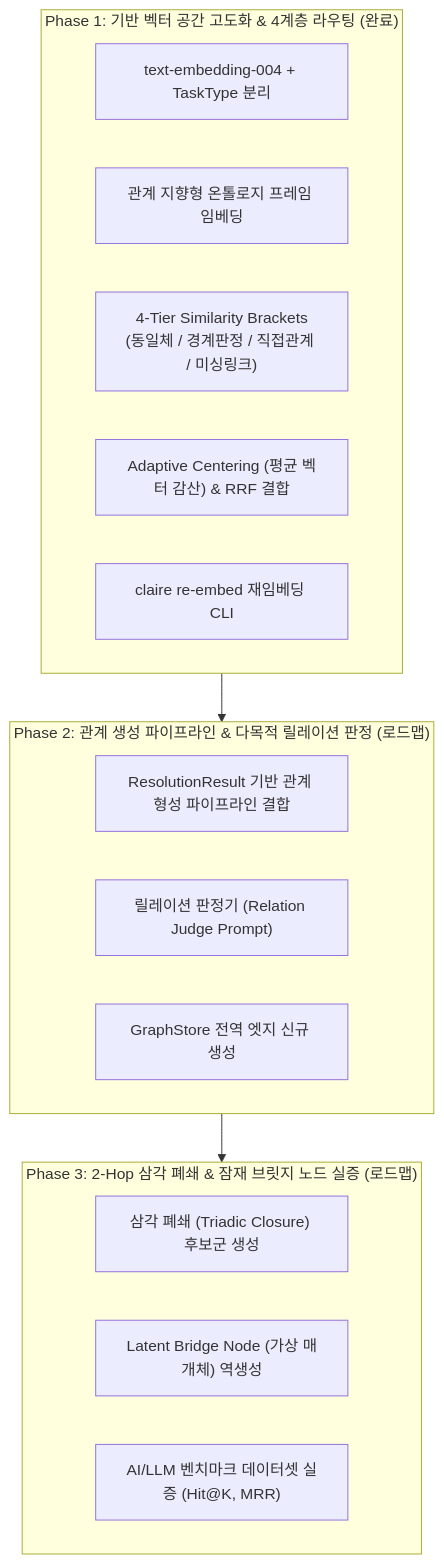
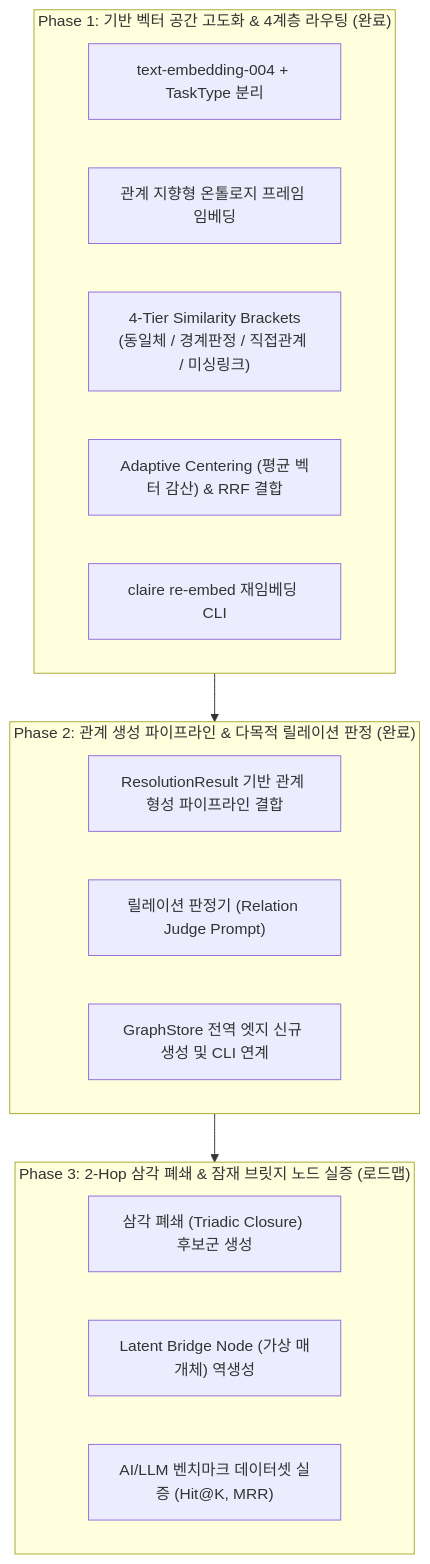
One commit to fofwisdom/claire-bible changed the first of 2 diagrams in docs/origin/design/KNOWLEDGE_GRAPH_LINKING_AND_CALIBRATION_DESIGN.md. Above: the diagram before and after it, drawn with Mermaid. The commit also changed other lines of this file and 14 other files, not shown here.

First line of the commit message:
feat(graph): implement phase 2 relation formation and linking pipeline

````diff
--- a/docs/origin/design/KNOWLEDGE_GRAPH_LINKING_AND_CALIBRATION_DESIGN.md
+++ b/docs/origin/design/KNOWLEDGE_GRAPH_LINKING_AND_CALIBRATION_DESIGN.md
@@ -33,24 +33,24 @@
 ```mermaid
 flowchart TD
     subgraph Phase1 ["Phase 1: 기반 벡터 공간 고도화 & 4계층 라우팅 (완료)"]
         P1_Model["text-embedding-004 + TaskType 분리"]
         P1_Frame["관계 지향형 온톨로지 프레임 임베딩"]
         P1_Tiers["4-Tier Similarity Brackets<br/>(동일체 / 경계판정 / 직접관계 / 미싱링크)"]
         P1_Calib["Adaptive Centering (평균 벡터 감산) & RRF 결합"]
         P1_CLI["claire re-embed 재임베딩 CLI"]
     end
 
-    subgraph Phase2 ["Phase 2: 관계 생성 파이프라인 & 다목적 릴레이션 판정 (로드맵)"]
+    subgraph Phase2 ["Phase 2: 관계 생성 파이프라인 & 다목적 릴레이션 판정 (완료)"]
         P2_Pipeline["ResolutionResult 기반 관계 형성 파이프라인 결합"]
         P2_LLM["릴레이션 판정기 (Relation Judge Prompt)"]
-        P2_Edge["GraphStore 전역 엣지 신규 생성"]
+        P2_Edge["GraphStore 전역 엣지 신규 생성 및 CLI 연계"]
     end
 
     subgraph Phase3 ["Phase 3: 2-Hop 삼각 폐쇄 & 잠재 브릿지 노드 실증 (로드맵)"]
         P3_Triadic["삼각 폐쇄 (Triadic Closure) 후보군 생성"]
         P3_Bridge["Latent Bridge Node (가상 매개체) 역생성"]
         P3_Bench["AI/LLM 벤치마크 데이터셋 실증 (Hit@K, MRR)"]
     end
 
     Phase1 --> Phase2 --> Phase3
 ```
````
